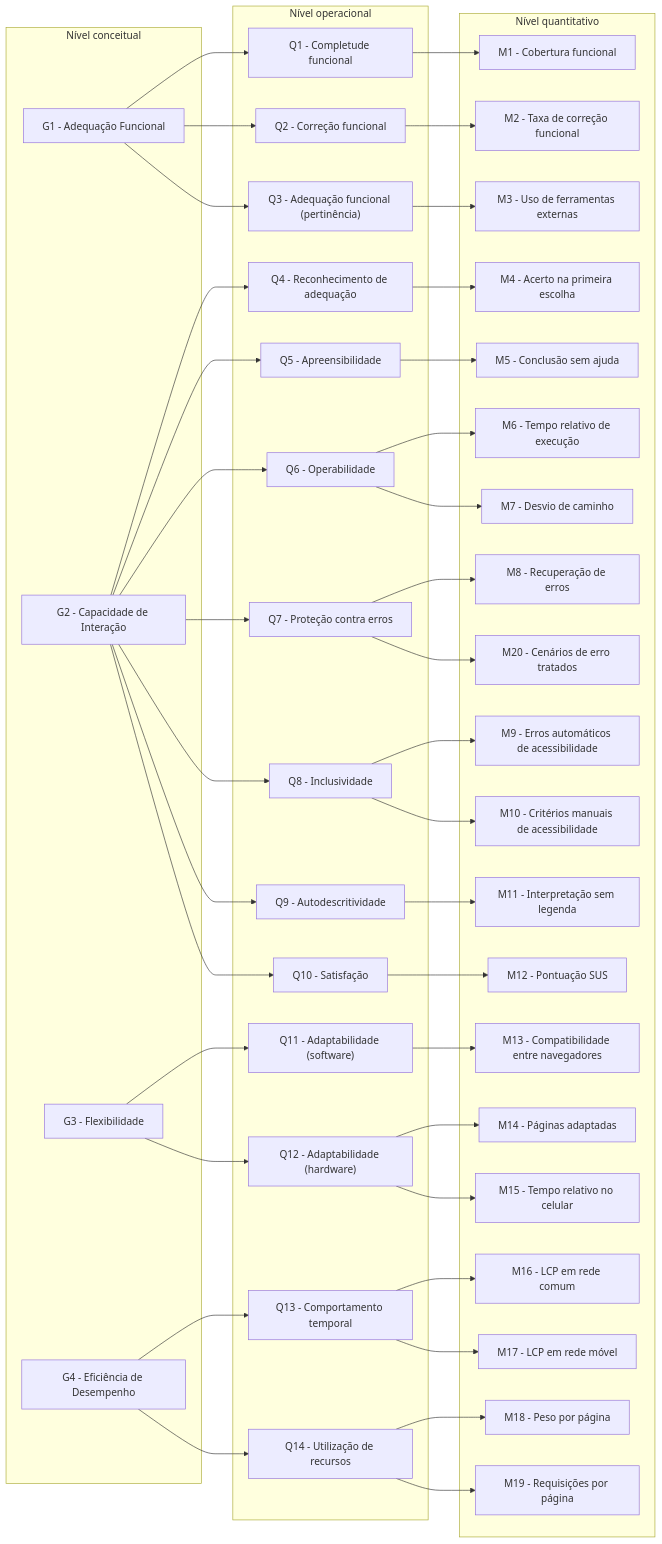
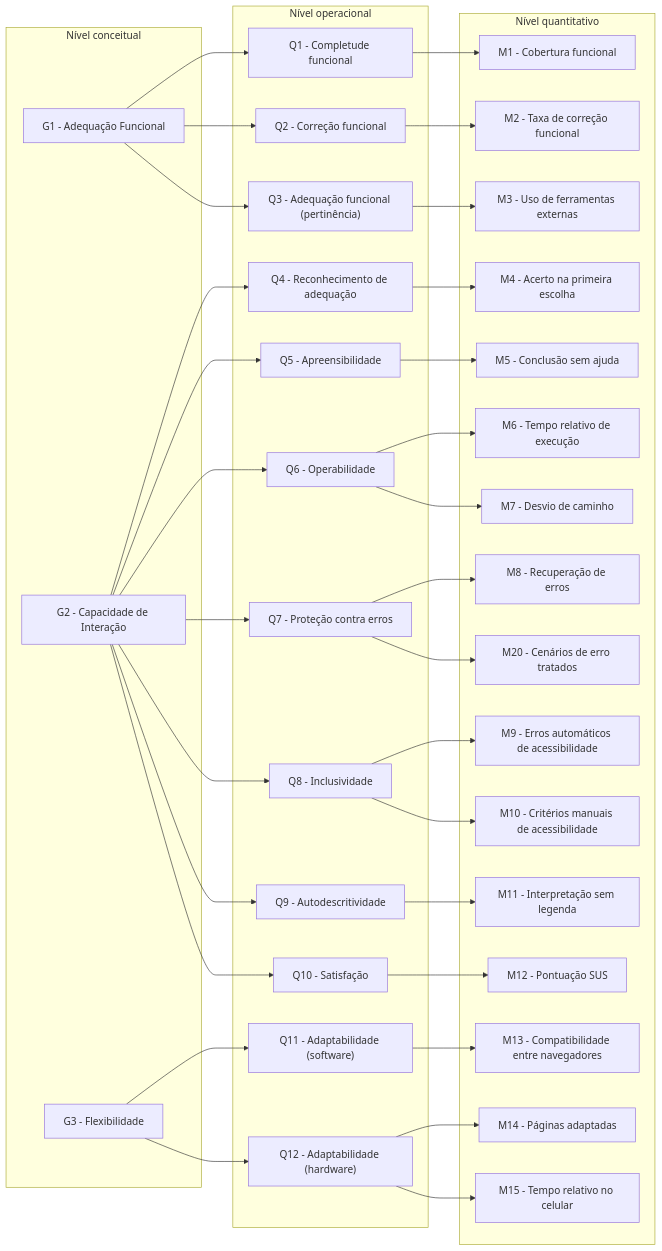
Before and after one commit to FCTE-Qualidade-de-Software-1/2026-2_T02_ADELE_GOLDSTINE: the first of 4 diagrams in docs/fase-2/grafico-gqm.md, drawn with Mermaid. The commit also changed other lines of this file and 7 other files, not shown here.

````diff
--- a/docs/fase-2/grafico-gqm.md
+++ b/docs/fase-2/grafico-gqm.md
@@ -9,65 +9,55 @@
 ```mermaid
 flowchart LR
     subgraph C["Nível conceitual"]
         G1["G1 - Adequação Funcional"]
         G2["G2 - Capacidade de Interação"]
         G3["G3 - Flexibilidade"]
-        G4["G4 - Eficiência de Desempenho"]
     end
     subgraph O["Nível operacional"]
         Q1["Q1 - Completude funcional"]
         Q2["Q2 - Correção funcional"]
         Q3["Q3 - Adequação funcional (pertinência)"]
         Q4["Q4 - Reconhecimento de adequação"]
         Q5["Q5 - Apreensibilidade"]
         Q6["Q6 - Operabilidade"]
         Q7["Q7 - Proteção contra erros"]
         Q8["Q8 - Inclusividade"]
         Q9["Q9 - Autodescritividade"]
         Q10["Q10 - Satisfação"]
         Q11["Q11 - Adaptabilidade (software)"]
         Q12["Q12 - Adaptabilidade (hardware)"]
-        Q13["Q13 - Comportamento temporal"]
-        Q14["Q14 - Utilização de recursos"]
     end
     subgraph Qt["Nível quantitativo"]
         M1["M1 - Cobertura funcional"]
         M2["M2 - Taxa de correção funcional"]
         M3["M3 - Uso de ferramentas externas"]
         M4["M4 - Acerto na primeira escolha"]
         M5["M5 - Conclusão sem ajuda"]
         M6["M6 - Tempo relativo de execução"]
         M7["M7 - Desvio de caminho"]
         M8["M8 - Recuperação de erros"]
         M9["M9 - Erros automáticos de acessibilidade"]
         M10["M10 - Critérios manuais de acessibilidade"]
         M11["M11 - Interpretação sem legenda"]
         M12["M12 - Pontuação SUS"]
         M13["M13 - Compatibilidade entre navegadores"]
         M14["M14 - Páginas adaptadas"]
         M15["M15 - Tempo relativo no celular"]
-        M16["M16 - LCP em rede comum"]
-        M17["M17 - LCP em rede móvel"]
-        M18["M18 - Peso por página"]
-        M19["M19 - Requisições por página"]
         M20["M20 - Cenários de erro tratados"]
     end
     G1 --> Q1 & Q2 & Q3
     G2 --> Q4 & Q5 & Q6 & Q7 & Q8 & Q9 & Q10
     G3 --> Q11 & Q12
-    G4 --> Q13 & Q14
     Q1 --> M1
     Q2 --> M2
     Q3 --> M3
     Q4 --> M4
     Q5 --> M5
     Q6 --> M6 & M7
     Q7 --> M8 & M20
     Q8 --> M9 & M10
     Q9 --> M11
     Q10 --> M12
     Q11 --> M13
     Q12 --> M14 & M15
-    Q13 --> M16 & M17
-    Q14 --> M18 & M19
 ```
````
